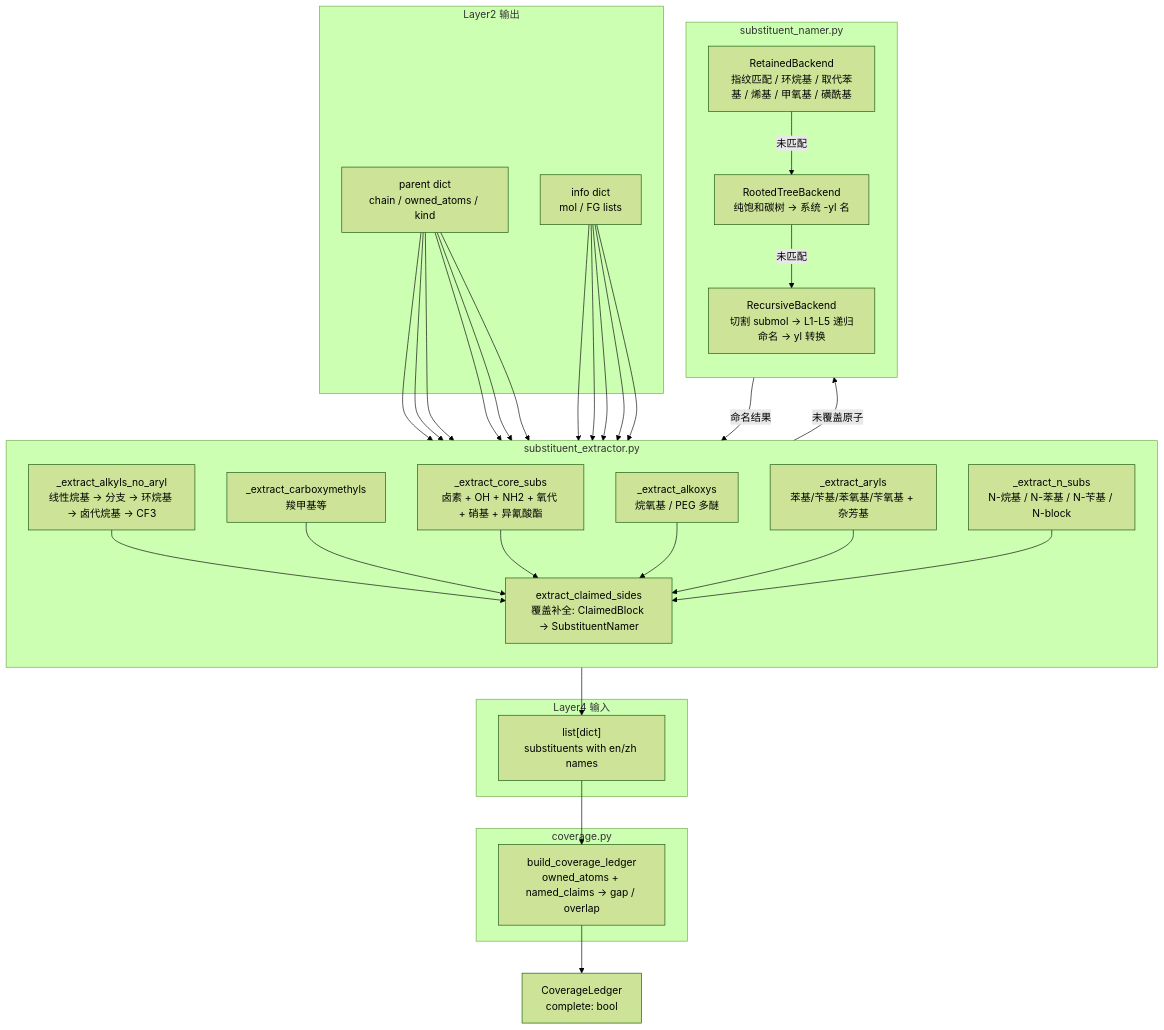
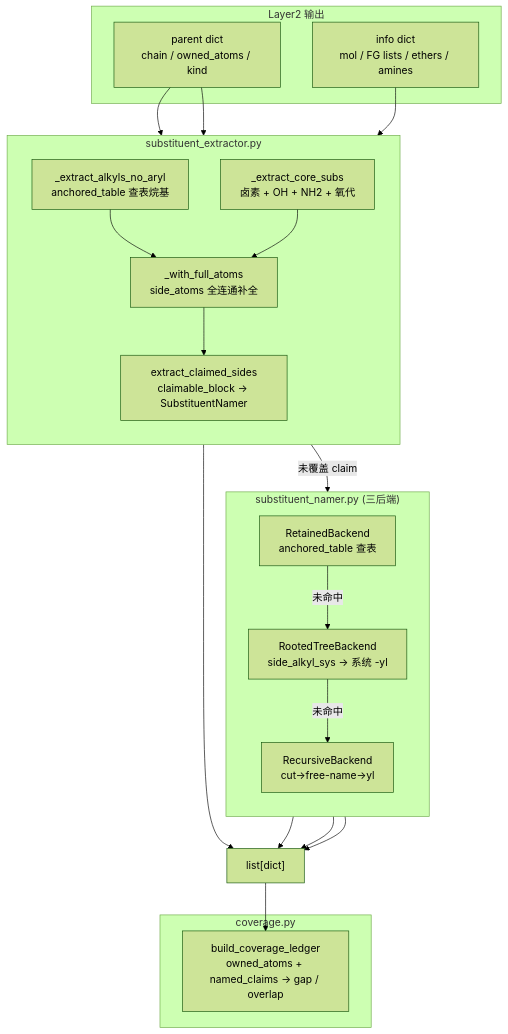
One commit to zouxiaofei1/OpenSMILES changed the first of 2 diagrams in docs/wiki/architecture/layer3-substituents.md. Above: the diagram before and after it, drawn with Mermaid (forest theme). The commit also changed other lines of this file and 6 other files, not shown here.

````diff
--- a/docs/wiki/architecture/layer3-substituents.md
+++ b/docs/wiki/architecture/layer3-substituents.md
@@ -100,61 +156,44 @@
 ```mermaid
 flowchart TD
     subgraph L2["Layer2 输出"]
         PARENT["parent dict<br/>chain / owned_atoms / kind"]
-        INFO["info dict<br/>mol / FG lists"]
+        INFO["info dict<br/>mol / FG lists / ethers / amines"]
     end
 
     subgraph EXTRACT["substituent_extractor.py"]
         direction TB
-        ALKYL["_extract_alkyls_no_aryl<br/>线性烷基 → 分支 → 环烷基 → 卤代烷基 → CF3"]
-        CARBOXY["_extract_carboxymethyls<br/>羧甲基等"]
-        CORE["_extract_core_subs<br/>卤素 + OH + NH2 + 氧代 + 硝基 + 异氰酸酯"]
-        ALKOXY["_extract_alkoxys<br/>烷氧基 / PEG 多醚"]
-        ARYL["_extract_aryls<br/>苯基/苄基/苯氧基/苄氧基 + 杂芳基"]
-        NSUB["_extract_n_subs<br/>N-烷基 / N-苯基 / N-苄基 / N-block"]
-        CLAIM["extract_claimed_sides<br/>覆盖补全: ClaimedBlock → SubstituentNamer"]
+        CORE["_extract_core_subs<br/>卤素 + OH + NH2 + 氧代"]
+        ALKYL["_extract_alkyls_no_aryl<br/>anchored_table 查表烷基"]
+        FULL["_with_full_atoms<br/>side_atoms 全连通补全"]
+        CLAIM["extract_claimed_sides<br/>claimable_block → SubstituentNamer"]
     end
 
-    subgraph NAMER["substituent_namer.py"]
+    subgraph NAMER["substituent_namer.py (三后端)"]
         direction TB
-        RETAINED["RetainedBackend<br/>指纹匹配 / 环烷基 / 取代苯基 / 烯基 / 甲氧基 / 磺酰基"]
-        TREE["RootedTreeBackend<br/>纯饱和碳树 → 系统 -yl 名"]
-        RECURSE["RecursiveBackend<br/>切割 submol → L1-L5 递归命名 → yl 转换"]
+        RETAINED["RetainedBackend<br/>anchored_table 查表"]
+        TREE["RootedTreeBackend<br/>side_alkyl_sys → 系统 -yl"]
+        RECURSE["RecursiveBackend<br/>cut→free-name→yl"]
     end
 
     subgraph LEDGER["coverage.py"]
         BUILD["build_coverage_ledger<br/>owned_atoms + named_claims → gap / overlap"]
     end
 
-    subgraph L4["Layer4 输入"]
-        SUBST["list[dict]<br/>substituents with en/zh names"]
-    end
+    PARENT --> CORE
+    INFO --> CORE
+    PARENT --> ALKYL
+    ALKYL --> FULL
+    CORE --> FULL
 
-    PARENT --> ALKYL
-    PARENT --> CARBOXY
-    PARENT --> CORE
-    PARENT --> ALKOXY
-    PARENT --> ARYL
-    PARENT --> NSUB
-    INFO --> ALKYL
-    INFO --> CORE
-    INFO --> ALKOXY
-    INFO --> ARYL
-    INFO --> NSUB
+    FULL --> CLAIM
+    CLAIM -- "未覆盖 claim" --> RETAINED
+    RETAINED -- "未命中" --> TREE
+    TREE -- "未命中" --> RECURSE
 
-    ALKYL --> CLAIM
-    CARBOXY --> CLAIM
-    CORE --> CLAIM
-    ALKOXY --> CLAIM
-    ARYL --> CLAIM
-    NSUB --> CLAIM
+    RETAINED --> SUBST["list[dict]"]
+    TREE --> SUBST
+    RECURSE --> SUBST
+    CLAIM --> SUBST
 
-    CLAIM -- "未覆盖原子" --> RETAINED
-    RETAINED -- "未匹配" --> TREE
-    TREE -- "未匹配" --> RECURSE
-    RECURSE -- "命名结果" --> CLAIM
-
-    CLAIM --> SUBST
     SUBST --> BUILD
-    BUILD --> LEDGER_RESULT["CoverageLedger<br/>complete: bool"]
 ```
````
